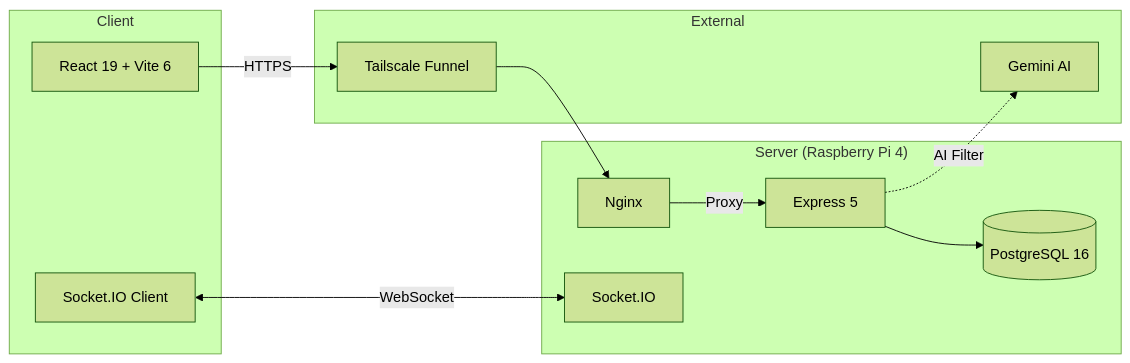
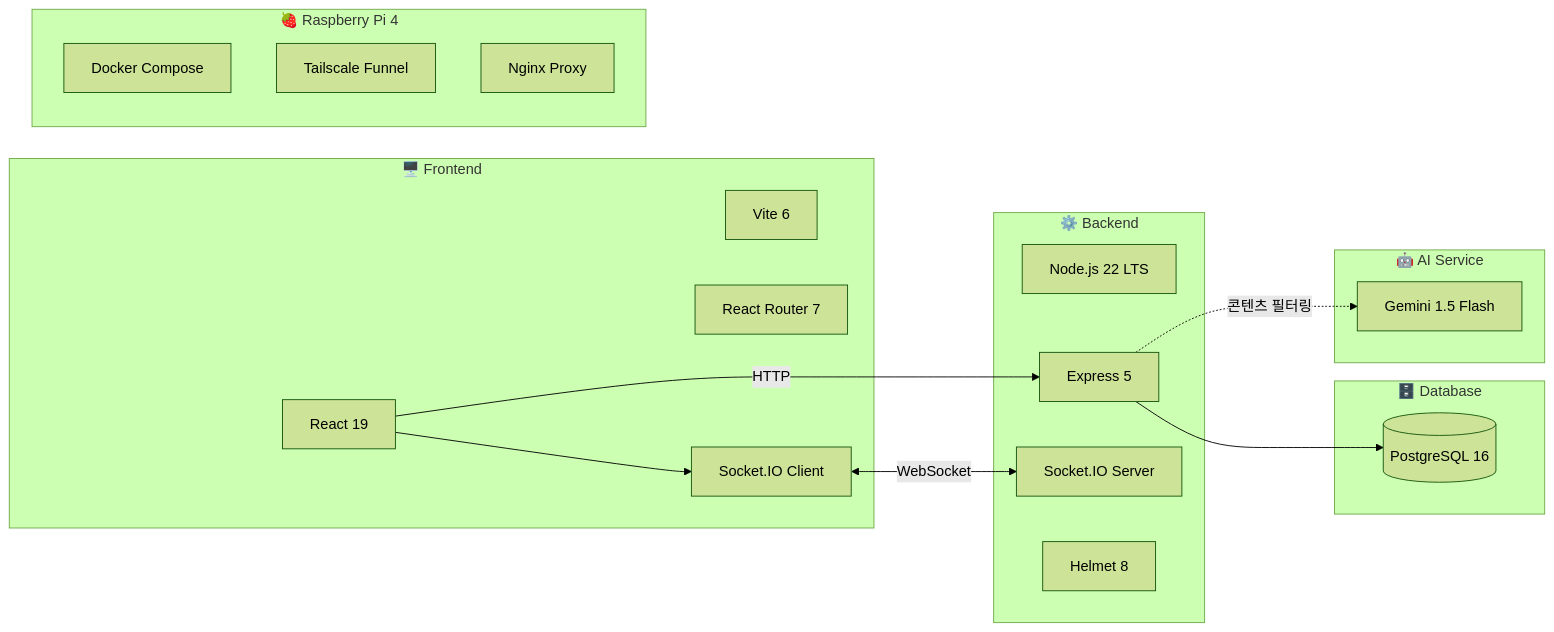
One commit to doublesilver/subway-board changed the second of 11 diagrams in README.md. Above: the diagram before and after it, drawn with Mermaid (forest theme). The commit also changed other lines of this file and 25 other files, not shown here.

````diff
--- a/README.md
+++ b/README.md
@@ -129,26 +129,36 @@
 ```mermaid
 flowchart LR
-    subgraph Client["Client"]
-        React[React 19 + Vite 6]
+    subgraph Frontend["🖥️ Frontend"]
+        React[React 19]
+        Vite[Vite 6]
+        Router[React Router 7]
         SIO_C[Socket.IO Client]
     end
 
-    subgraph Server["Server (Raspberry Pi 4)"]
-        Nginx[Nginx]
+    subgraph Backend["⚙️ Backend"]
+        Node[Node.js 22 LTS]
         Express[Express 5]
-        SIO_S[Socket.IO]
+        SIO_S[Socket.IO Server]
+        Helmet[Helmet 8]
+    end
+
+    subgraph Database["🗄️ Database"]
         PG[(PostgreSQL 16)]
     end
 
-    subgraph External["External"]
+    subgraph Infra["🍓 Raspberry Pi 4"]
+        Docker[Docker Compose]
         Tailscale[Tailscale Funnel]
-        Gemini[Gemini AI]
+        NginxProxy[Nginx Proxy]
     end
 
-    React -->|HTTPS| Tailscale
-    Tailscale --> Nginx
-    Nginx -->|Proxy| Express
+    subgraph AI["🤖 AI Service"]
+        Gemini[Gemini 1.5 Flash]
+    end
+
+    React --> SIO_C
     SIO_C <-->|WebSocket| SIO_S
+    React -->|HTTP| Express
     Express --> PG
-    Express -.->|AI Filter| Gemini
+    Express -.->|콘텐츠 필터링| Gemini
 ```
````
